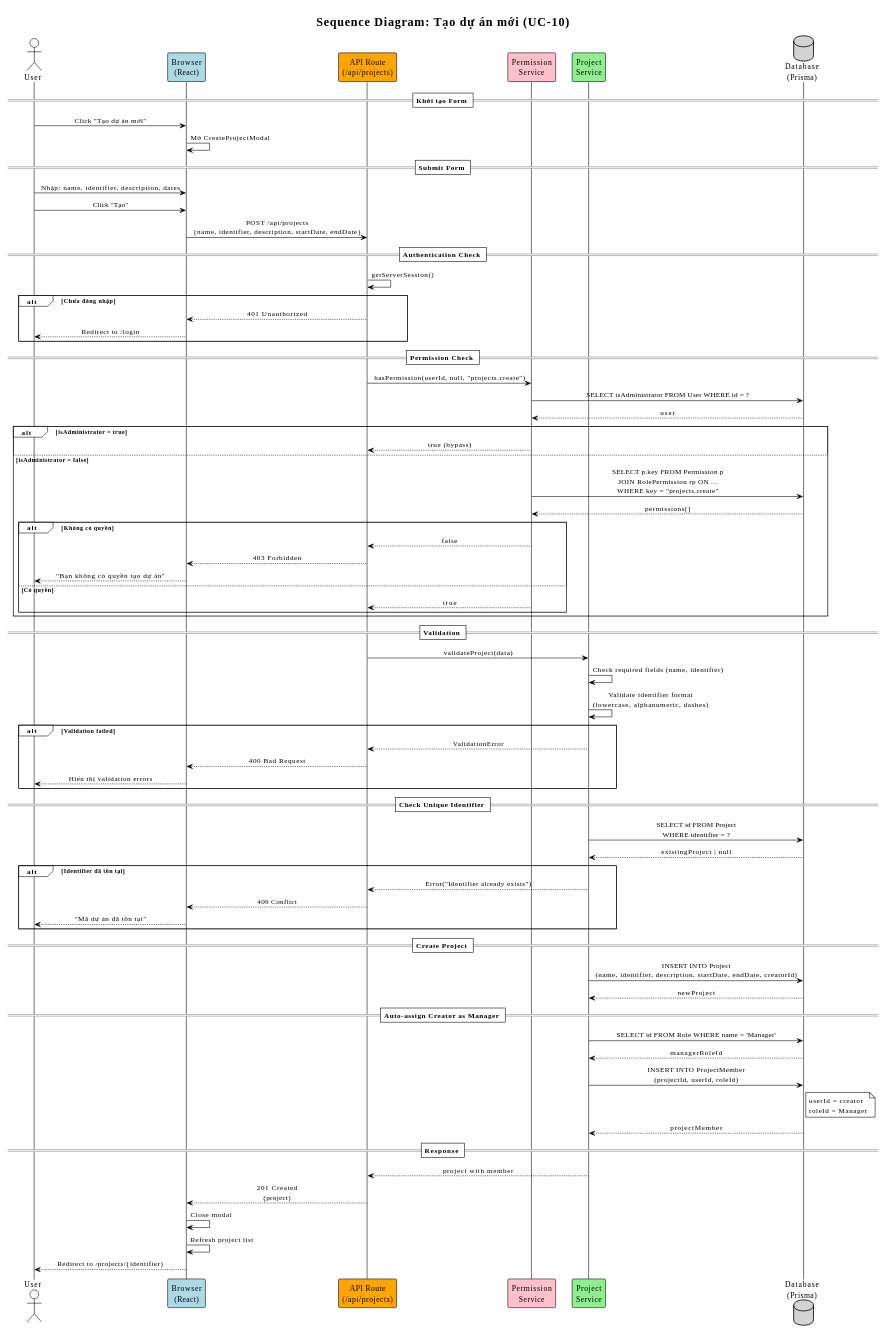
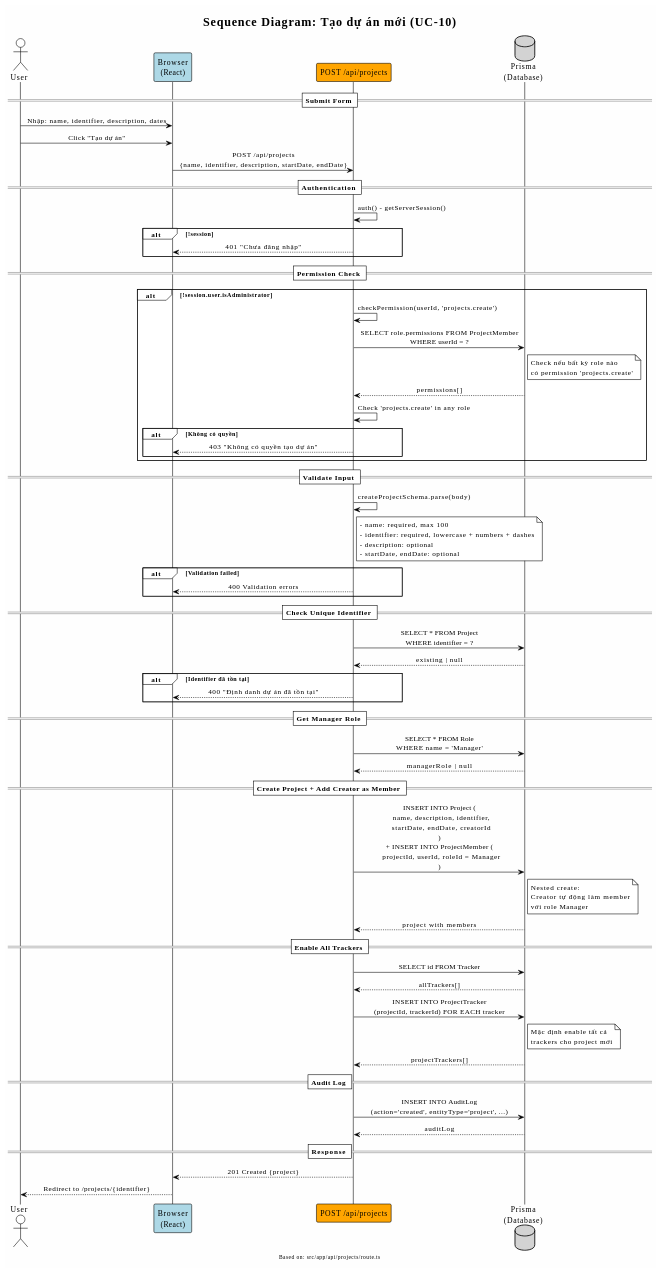
The diagram in docs/sequence_diagram/02-create-project.md (docuong039/worksphere), drawn with PlantUML before and after one commit. The commit also changed other lines of this file and 44 other files, not shown here.

Commit message:
update diagram trong docs

```diff
--- a/docs/sequence_diagram/02-create-project.md
+++ b/docs/sequence_diagram/02-create-project.md
@@ -26,91 +25,93 @@
 skinparam sequenceMessageAlign center
 
 title Sequence Diagram: Tạo dự án mới (UC-10)
+footer Based on: src/app/api/projects/route.ts
 
 actor "User" as User
 participant "Browser\n(React)" as Browser #LightBlue
-participant "API Route\n(/api/projects)" as API #Orange
-participant "Permission\nService" as PermService #Pink
-participant "Project\nService" as ProjService #LightGreen
-database "Database\n(Prisma)" as DB #LightGray
-
-== Khởi tạo Form ==
-User -> Browser: Click "Tạo dự án mới"
-Browser -> Browser: Mở CreateProjectModal
+participant "POST /api/projects" as API #Orange
+database "Prisma\n(Database)" as DB #LightGray
 
 == Submit Form ==
 User -> Browser: Nhập: name, identifier, description, dates
-User -> Browser: Click "Tạo"
+User -> Browser: Click "Tạo dự án"
 Browser -> API: POST /api/projects\n{name, identifier, description, startDate, endDate}
 
-== Authentication Check ==
-API -> API: getServerSession()
-alt Chưa đăng nhập
-    API --> Browser: 401 Unauthorized
-    Browser --> User: Redirect to /login
+== Authentication ==
+API -> API: auth() - getServerSession()
+alt !session
+    API --> Browser: 401 "Chưa đăng nhập"
 end
 
 == Permission Check ==
-API -> PermService: hasPermission(userId, null, "projects.create")
-PermService -> DB: SELECT isAdministrator FROM User WHERE id = ?
-DB --> PermService: user
-
-alt isAdministrator = true
-    PermService --> API: true (bypass)
-else isAdministrator = false
-    PermService -> DB: SELECT p.key FROM Permission p\nJOIN RolePermission rp ON ...\nWHERE key = "projects.create"
-    DB --> PermService: permissions[]
+alt !session.user.isAdministrator
+    API -> API: checkPermission(userId, 'projects.create')
+    
+    API -> DB: SELECT role.permissions FROM ProjectMember\nWHERE userId = ?
+    note right of DB
+      Check nếu bất kỳ role nào
+      có permission 'projects.create'
+    end note
+    DB --> API: permissions[]
+    
+    API -> API: Check 'projects.create' in any role
     
     alt Không có quyền
-        PermService --> API: false
-        API --> Browser: 403 Forbidden
-        Browser --> User: "Bạn không có quyền tạo dự án"
-    else Có quyền
-        PermService --> API: true
+        API --> Browser: 403 "Không có quyền tạo dự án"
     end
 end
 
-== Validation ==
-API -> ProjService: validateProject(data)
-ProjService -> ProjService: Check required fields (name, identifier)
-ProjService -> ProjService: Validate identifier format\n(lowercase, alphanumeric, dashes)
+== Validate Input ==
+API -> API: createProjectSchema.parse(body)
+note right of API
+  - name: required, max 100
+  - identifier: required, lowercase + numbers + dashes
+  - description: optional
+  - startDate, endDate: optional
+end note
 
 alt Validation failed
-    ProjService --> API: ValidationError
-    API --> Browser: 400 Bad Request
-    Browser --> User: Hiển thị validation errors
+    API --> Browser: 400 Validation errors
 end
 
 == Check Unique Identifier ==
-ProjService -> DB: SELECT id FROM Project\nWHERE identifier = ?
-DB --> ProjService: existingProject | null
+API -> DB: SELECT * FROM Project\nWHERE identifier = ?
+DB --> API: existing | null
 
 alt Identifier đã tồn tại
-    ProjService --> API: Error("Identifier already exists")
-    API --> Browser: 409 Conflict
-    Browser --> User: "Mã dự án đã tồn tại"
+    API --> Browser: 400 "Định danh dự án đã tồn tại"
 end
 
-== Create Project ==
-ProjService -> DB: INSERT INTO Project\n(name, identifier, description, startDate, endDate, creatorId)
-DB --> ProjService: newProject
+== Get Manager Role ==
+API -> DB: SELECT * FROM Role\nWHERE name = 'Manager'
+DB --> API: managerRole | null
 
-== Auto-assign Creator as Manager ==
-ProjService -> DB: SELECT id FROM Role WHERE name = 'Manager'
-DB --> ProjService: managerRoleId
+== Create Project + Add Creator as Member ==
+API -> DB: INSERT INTO Project (\n  name, description, identifier,\n  startDate, endDate, creatorId\n)\n+ INSERT INTO ProjectMember (\n  projectId, userId, roleId = Manager\n)
+note right of DB
+  Nested create:
+  Creator tự động làm member
+  với role Manager
+end note
+DB --> API: project with members
 
-ProjService -> DB: INSERT INTO ProjectMember\n(projectId, userId, roleId)
+== Enable All Trackers ==
+API -> DB: SELECT id FROM Tracker
+DB --> API: allTrackers[]
+
+API -> DB: INSERT INTO ProjectTracker\n(projectId, trackerId) FOR EACH tracker
 note right of DB
-    userId = creator
-    roleId = Manager
+  Mặc định enable tất cả
+  trackers cho project mới
 end note
-DB --> ProjService: projectMember
+DB --> API: projectTrackers[]
+
+== Audit Log ==
+API -> DB: INSERT INTO AuditLog\n(action='created', entityType='project', ...)
+DB --> API: auditLog
 
 == Response ==
-ProjService --> API: project with member
-API --> Browser: 201 Created\n{project}
-Browser -> Browser: Close modal
-Browser -> Browser: Refresh project list
+API --> Browser: 201 Created {project}
 Browser --> User: Redirect to /projects/{identifier}
 
 @enduml
```
